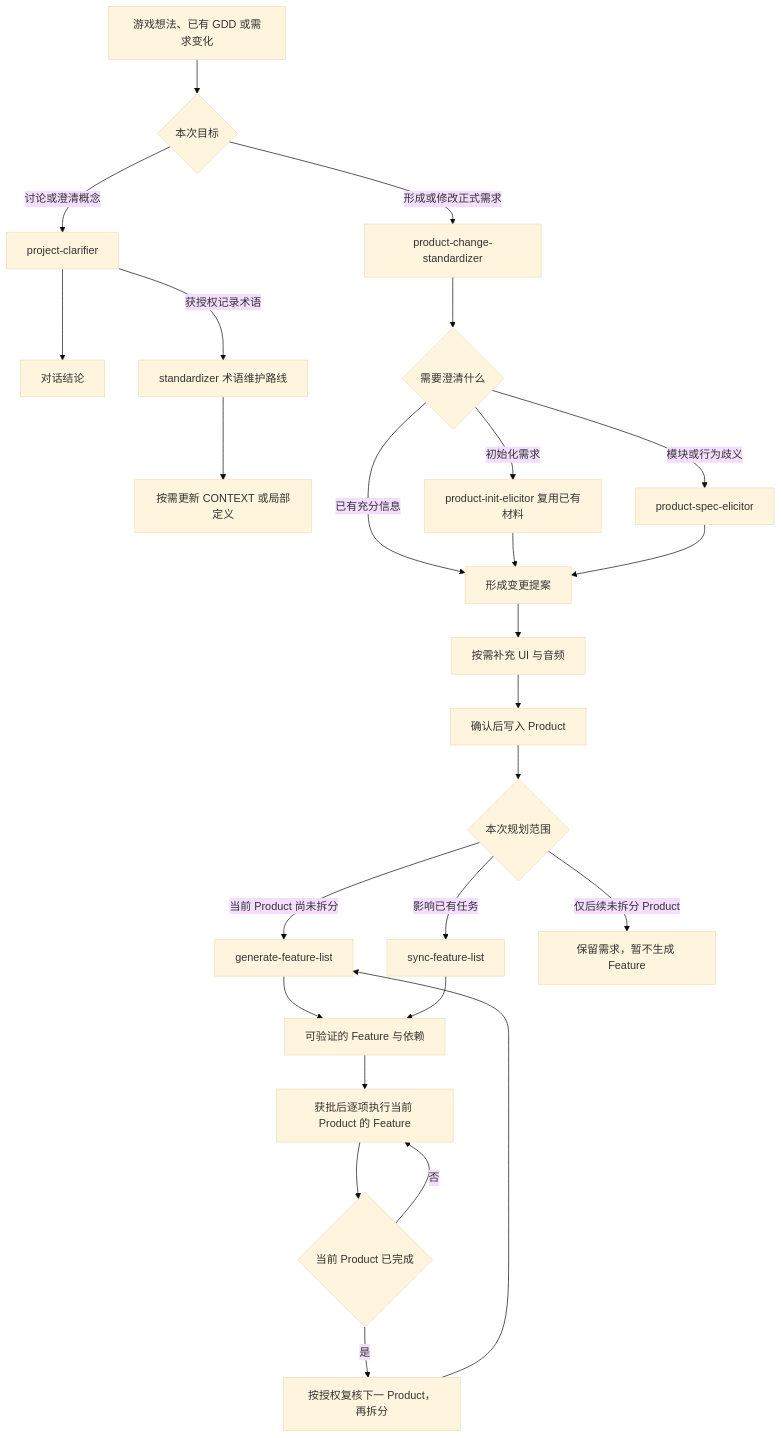
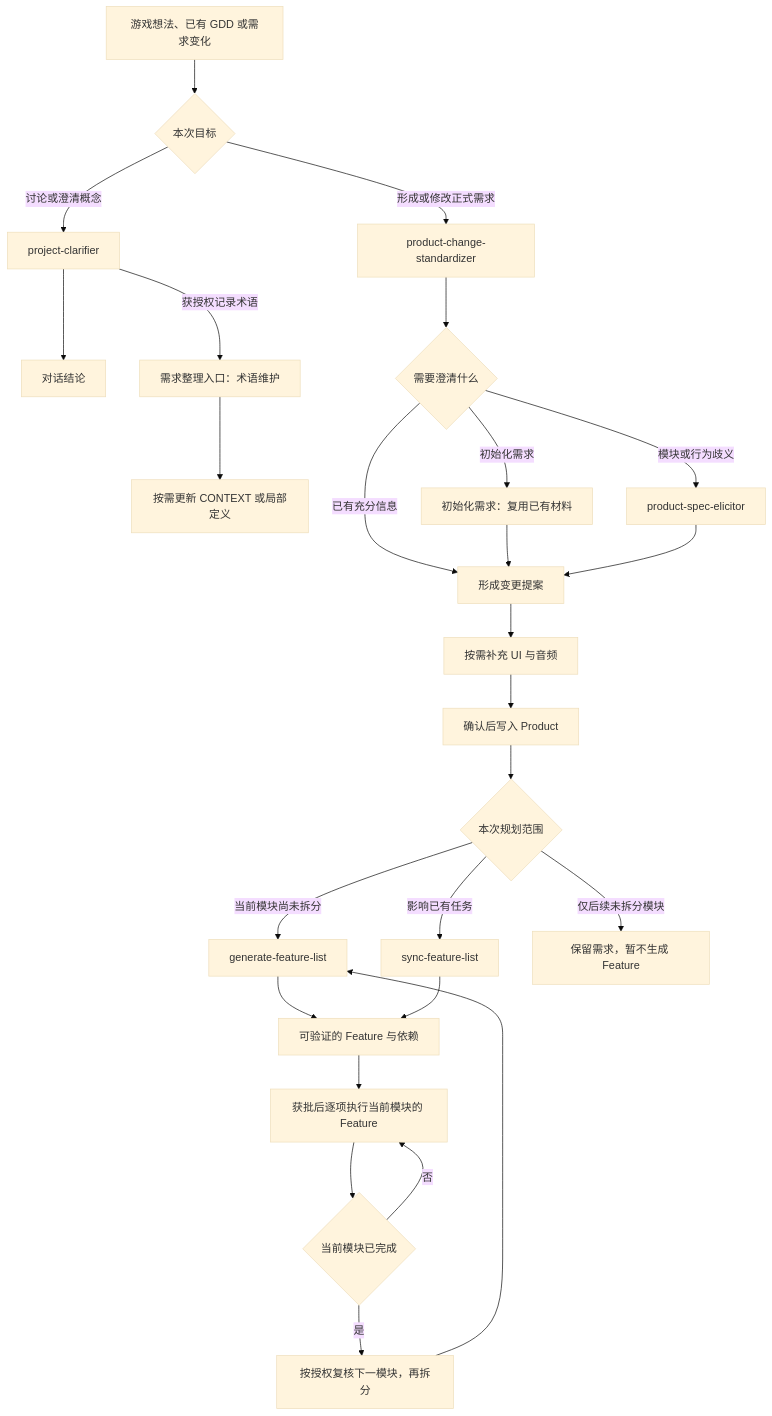
Before and after one commit to yxy823/Game_idle_yaya_frame: the second of 2 diagrams in framework/docs/blank-project/guides/product-and-planning.md, drawn with Mermaid (base theme). The commit also changed other lines of this file and 12 other files, not shown here.

````diff
--- a/framework/docs/blank-project/guides/product-and-planning.md
+++ b/framework/docs/blank-project/guides/product-and-planning.md
@@ -22,28 +183,28 @@
 ```mermaid
 flowchart TD
     A[游戏想法、已有 GDD 或需求变化] --> Q{本次目标}
     Q -->|讨论或澄清概念| R[project-clarifier]
     R --> S[对话结论]
-    R -->|获授权记录术语| T[standardizer 术语维护路线]
+    R -->|获授权记录术语| T[需求整理入口：术语维护]
     T --> U[按需更新 CONTEXT 或局部定义]
     Q -->|形成或修改正式需求| B[product-change-standardizer]
     B --> C{需要澄清什么}
-    C -->|初始化需求| D[product-init-elicitor 复用已有材料]
+    C -->|初始化需求| D[初始化需求：复用已有材料]
     C -->|模块或行为歧义| E[product-spec-elicitor]
     C -->|已有充分信息| F[形成变更提案]
     D --> F
     E --> F
     F --> G[按需补充 UI 与音频]
     G --> H[确认后写入 Product]
     H --> I{本次规划范围}
-    I -->|当前 Product 尚未拆分| J[generate-feature-list]
+    I -->|当前模块尚未拆分| J[generate-feature-list]
     I -->|影响已有任务| K[sync-feature-list]
-    I -->|仅后续未拆分 Product| N[保留需求，暂不生成 Feature]
+    I -->|仅后续未拆分模块| N[保留需求，暂不生成 Feature]
     J --> L[可验证的 Feature 与依赖]
     K --> L
-    L --> M[获批后逐项执行当前 Product 的 Feature]
-    M --> O{当前 Product 已完成}
+    L --> M[获批后逐项执行当前模块的 Feature]
+    M --> O{当前模块已完成}
     O -->|否| M
-    O -->|是| W[按授权复核下一 Product，再拆分]
+    O -->|是| W[按授权复核下一模块，再拆分]
     W --> J
 ```
````
